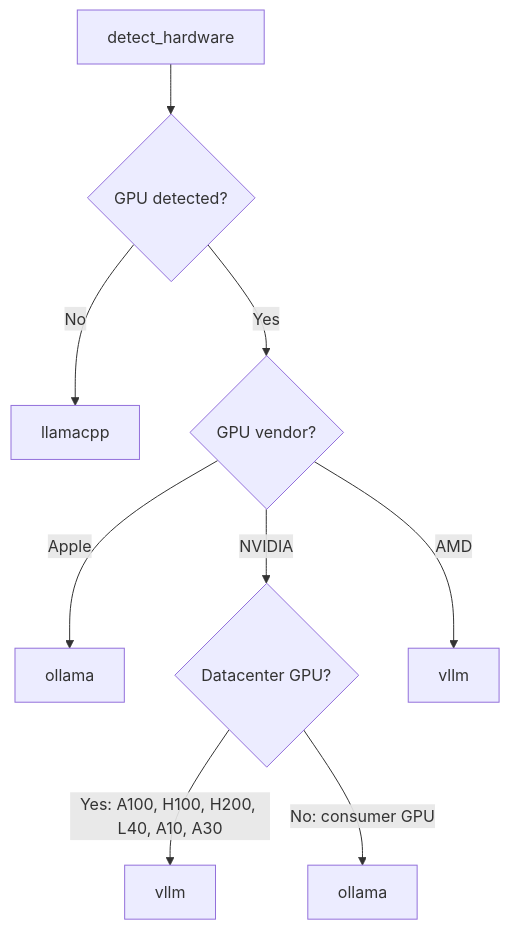
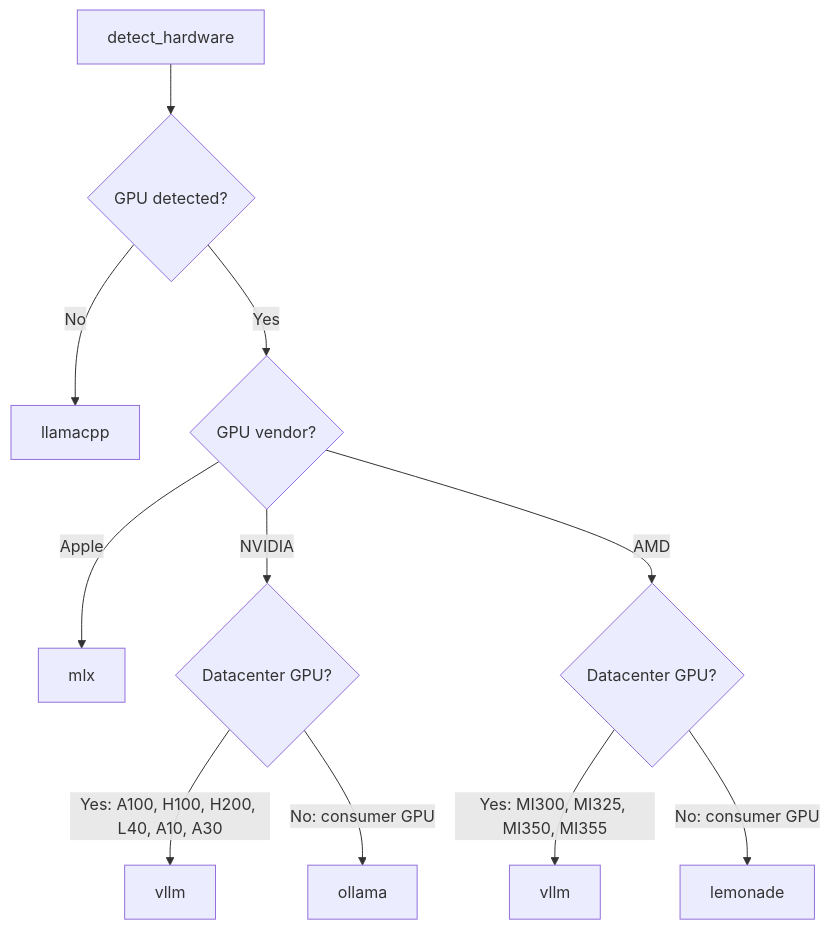
Before and after one commit to ImSothe/Jarvis-Project-by-Sothe: the diagram in docs/getting-started/configuration.md, drawn with Mermaid. The commit also changed other lines of this file and 2 other files, not shown here.

````diff
--- a/docs/getting-started/configuration.md
+++ b/docs/getting-started/configuration.md
@@ -702,11 +702,13 @@
 ```mermaid
 graph TD
     A[detect_hardware] --> B{GPU detected?}
     B -->|No| C[llamacpp]
     B -->|Yes| D{GPU vendor?}
-    D -->|Apple| E[ollama]
+    D -->|Apple| E[mlx]
     D -->|NVIDIA| F{Datacenter GPU?}
-    D -->|AMD| G[vllm]
+    D -->|AMD| G{Datacenter GPU?}
     F -->|Yes: A100, H100, H200, L40, A10, A30| H[vllm]
     F -->|No: consumer GPU| I[ollama]
+    G -->|Yes: MI300, MI325, MI350, MI355| J[vllm]
+    G -->|No: consumer GPU| K[lemonade]
 ```
````
